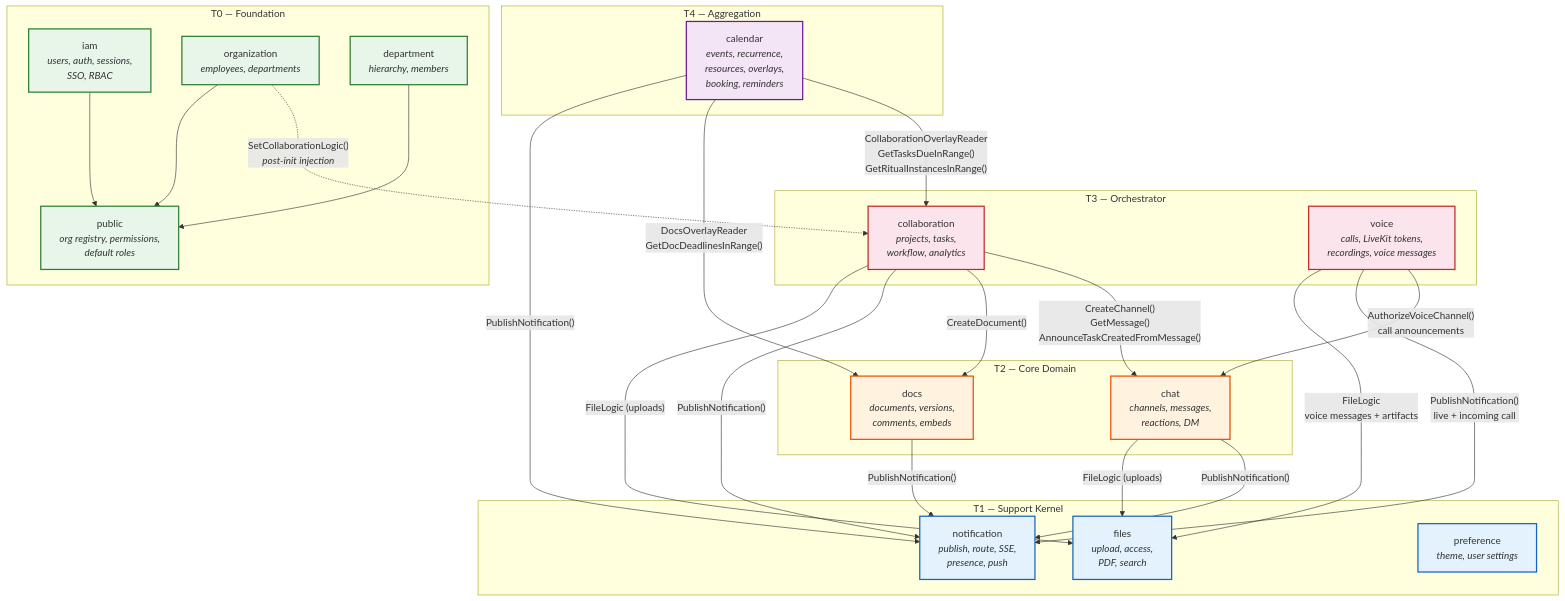
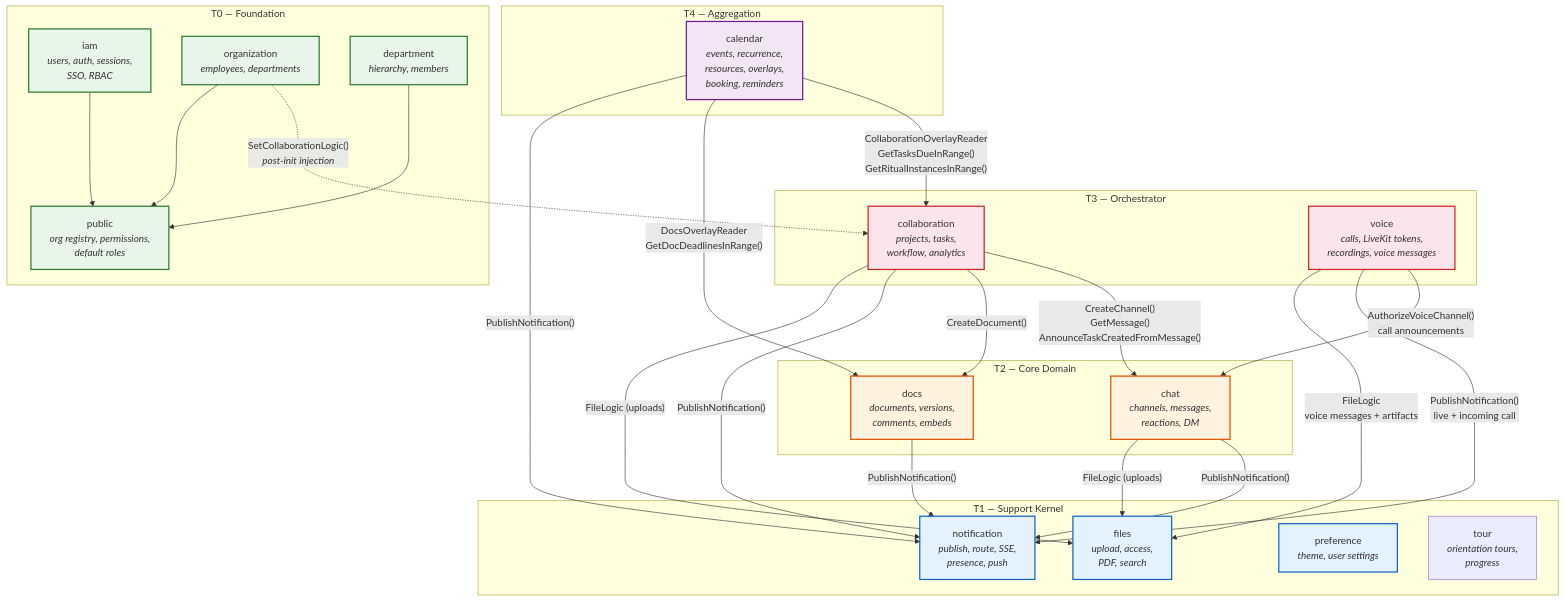
One commit to nvcnvn/tech-office changed the first of 4 diagrams in backend/docs/SYSTEM-ARCHITECTURE.md. Above: the diagram before and after it, drawn with Mermaid. The commit also changed other lines of this file and 53 other files, not shown here.

````diff
--- a/backend/docs/SYSTEM-ARCHITECTURE.md
+++ b/backend/docs/SYSTEM-ARCHITECTURE.md
@@ -83,70 +83,71 @@
 ```mermaid
 graph TD
     subgraph "T0 — Foundation"
         PUBLIC["public<br/><i>org registry, permissions,<br/>default roles</i>"]
         IAM["iam<br/><i>users, auth, sessions,<br/>SSO, RBAC</i>"]
         ORG["organization<br/><i>employees, departments</i>"]
         DEPT["department<br/><i>hierarchy, members</i>"]
     end
 
     subgraph "T1 — Support Kernel"
         NOTIF["notification<br/><i>publish, route, SSE,<br/>presence, push</i>"]
         FILES["files<br/><i>upload, access,<br/>PDF, search</i>"]
         PREF["preference<br/><i>theme, user settings</i>"]
+        TOUR["tour<br/><i>orientation tours,<br/>progress</i>"]
     end
 
     subgraph "T2 — Core Domain"
         CHAT["chat<br/><i>channels, messages,<br/>reactions, DM</i>"]
         DOCS["docs<br/><i>documents, versions,<br/>comments, embeds</i>"]
     end
 
     subgraph "T3 — Orchestrator"
         COLLAB["collaboration<br/><i>projects, tasks,<br/>workflow, analytics</i>"]
         VOICE["voice<br/><i>calls, LiveKit tokens,<br/>recordings, voice messages</i>"]
     end
 
     subgraph "T4 — Aggregation"
         CAL["calendar<br/><i>events, recurrence,<br/>resources, overlays,<br/>booking, reminders</i>"]
     end
 
     %% T4 → T3 dependencies (overlay readers)
     CAL -->|"CollaborationOverlayReader<br/>GetTasksDueInRange()<br/>GetRitualInstancesInRange()"| COLLAB
     CAL -->|"DocsOverlayReader<br/>GetDocDeadlinesInRange()"| DOCS
     CAL -->|"PublishNotification()"| NOTIF
 
     %% T3 → T2 dependencies
     COLLAB -->|"CreateChannel()<br/>GetMessage()<br/>AnnounceTaskCreatedFromMessage()"| CHAT
     COLLAB -->|"CreateDocument()"| DOCS
 
     %% T3 → T1 dependencies
     COLLAB -->|"PublishNotification()"| NOTIF
     COLLAB -->|"FileLogic (uploads)"| FILES
     VOICE -->|"AuthorizeVoiceChannel()<br/>call announcements"| CHAT
     VOICE -->|"PublishNotification()<br/>live + incoming call"| NOTIF
     VOICE -->|"FileLogic<br/>voice messages + artifacts"| FILES
 
     %% T2 → T1 dependencies
     CHAT -->|"PublishNotification()"| NOTIF
     CHAT -->|"FileLogic (uploads)"| FILES
     DOCS -->|"PublishNotification()"| NOTIF
 
     %% Post-init injection (dashed = injected after construction)
     ORG -.->|"SetCollaborationLogic()<br/><i>post-init injection</i>"| COLLAB
 
     %% Foundation references (simplified)
     IAM --> PUBLIC
     ORG --> PUBLIC
     DEPT --> PUBLIC
 
     classDef foundation fill:#e8f5e9,stroke:#2e7d32,stroke-width:2px
     classDef kernel fill:#e3f2fd,stroke:#1565c0,stroke-width:2px
     classDef core fill:#fff3e0,stroke:#e65100,stroke-width:2px
     classDef orchestrator fill:#fce4ec,stroke:#c62828,stroke-width:2px
     classDef aggregation fill:#f3e5f5,stroke:#6a1b9a,stroke-width:2px
 
     class PUBLIC,IAM,ORG,DEPT foundation
     class NOTIF,FILES,PREF kernel
     class CHAT,DOCS core
     class COLLAB,VOICE orchestrator
     class CAL aggregation
 ```
````
